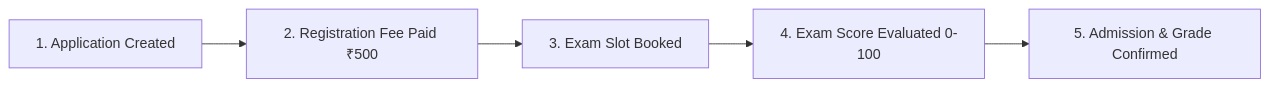
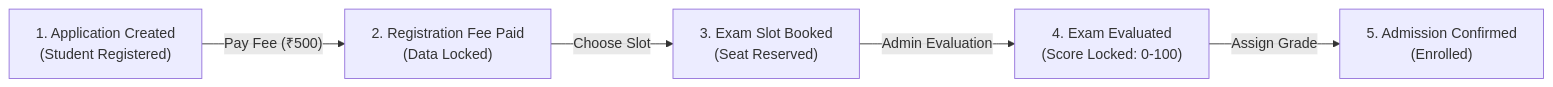
The diagram in README.md (RiyaRahees/School_Management), drawn with Mermaid before and after one commit. The commit also changed other lines of this file and 1 other file, not shown here.

Commit message:
docs: update README with professional architecture and API guide; feat: enhance registration form validation

````diff
--- a/README.md
+++ b/README.md
@@ -27,7 +63,7 @@
 ```mermaid
 graph LR
-    A[1. Application Created] --> B[2. Registration Fee Paid ₹500]
-    B --> C[3. Exam Slot Booked]
-    C --> D[4. Exam Score Evaluated 0-100]
-    D --> E[5. Admission & Grade Confirmed]
+    A["1. Application Created<br/>(Student Registered)"] -->|"Pay Fee (₹500)"| B["2. Registration Fee Paid<br/>(Data Locked)"]
+    B -->|"Choose Slot"| C["3. Exam Slot Booked<br/>(Seat Reserved)"]
+    C -->|"Admin Evaluation"| D["4. Exam Evaluated<br/>(Score Locked: 0-100)"]
+    D -->|"Assign Grade"| E["5. Admission Confirmed<br/>(Enrolled)"]
 ```
````
